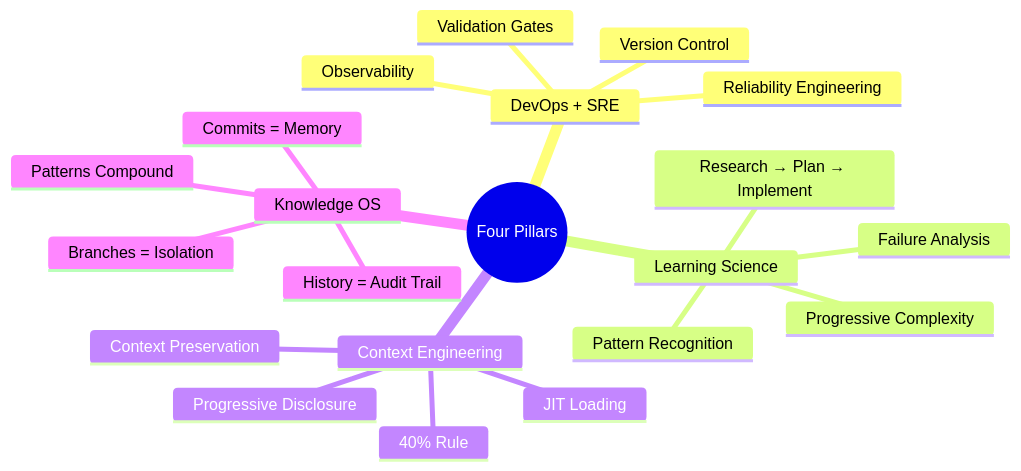
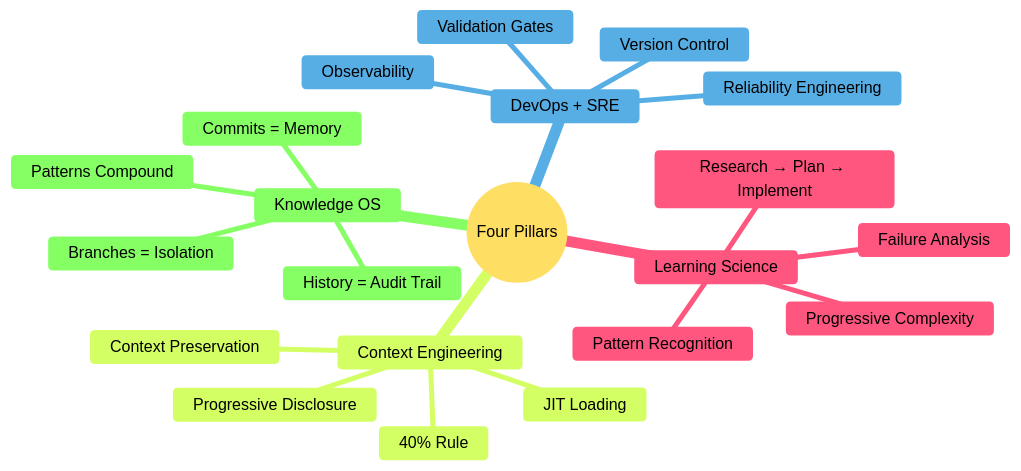
The third of 5 diagrams in README.md (boshu2/12-factor-agentops), drawn with Mermaid before and after one commit.

Commit message:
fix(readme): apply light color theme to Four Pillars mindmap
Added theme configuration to mindmap for better readability:
- Primary color: #fff9e3 (light cream/yellow background)
- Primary text: #000 (black text)
- Borders and lines: #000 (black for clarity)
- Secondary color: #c5e3f6 (light blue)
- Tertiary color: #ffd6e0 (light pink)

Now matches the light pastel theme used in all other diagrams.

````diff
--- a/README.md
+++ b/README.md
@@ -169,24 +169,25 @@
 ```mermaid
+%%{init: {'theme':'base', 'themeVariables': { 'primaryColor':'#fff9e3','primaryTextColor':'#000','primaryBorderColor':'#000','lineColor':'#000','secondaryColor':'#c5e3f6','tertiaryColor':'#ffd6e0'}}}%%
 mindmap
   root((Four Pillars))
     DevOps + SRE
       Version Control
       Validation Gates
       Observability
       Reliability Engineering
     Learning Science
       Research → Plan → Implement
       Pattern Recognition
       Failure Analysis
       Progressive Complexity
     Context Engineering
       JIT Loading
       Progressive Disclosure
       40% Rule
       Context Preservation
     Knowledge OS
       Commits = Memory
       Branches = Isolation
       History = Audit Trail
       Patterns Compound
 ```
````
